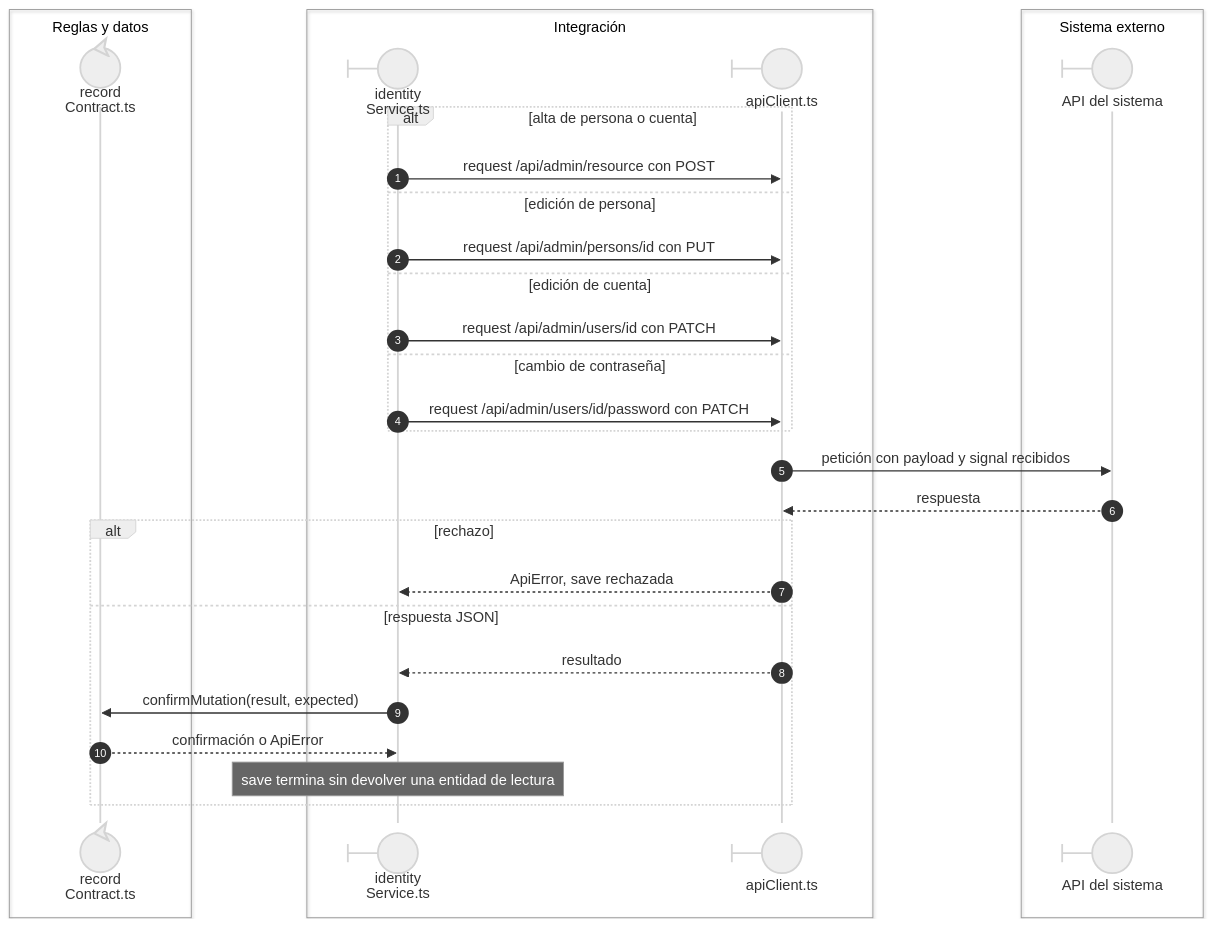
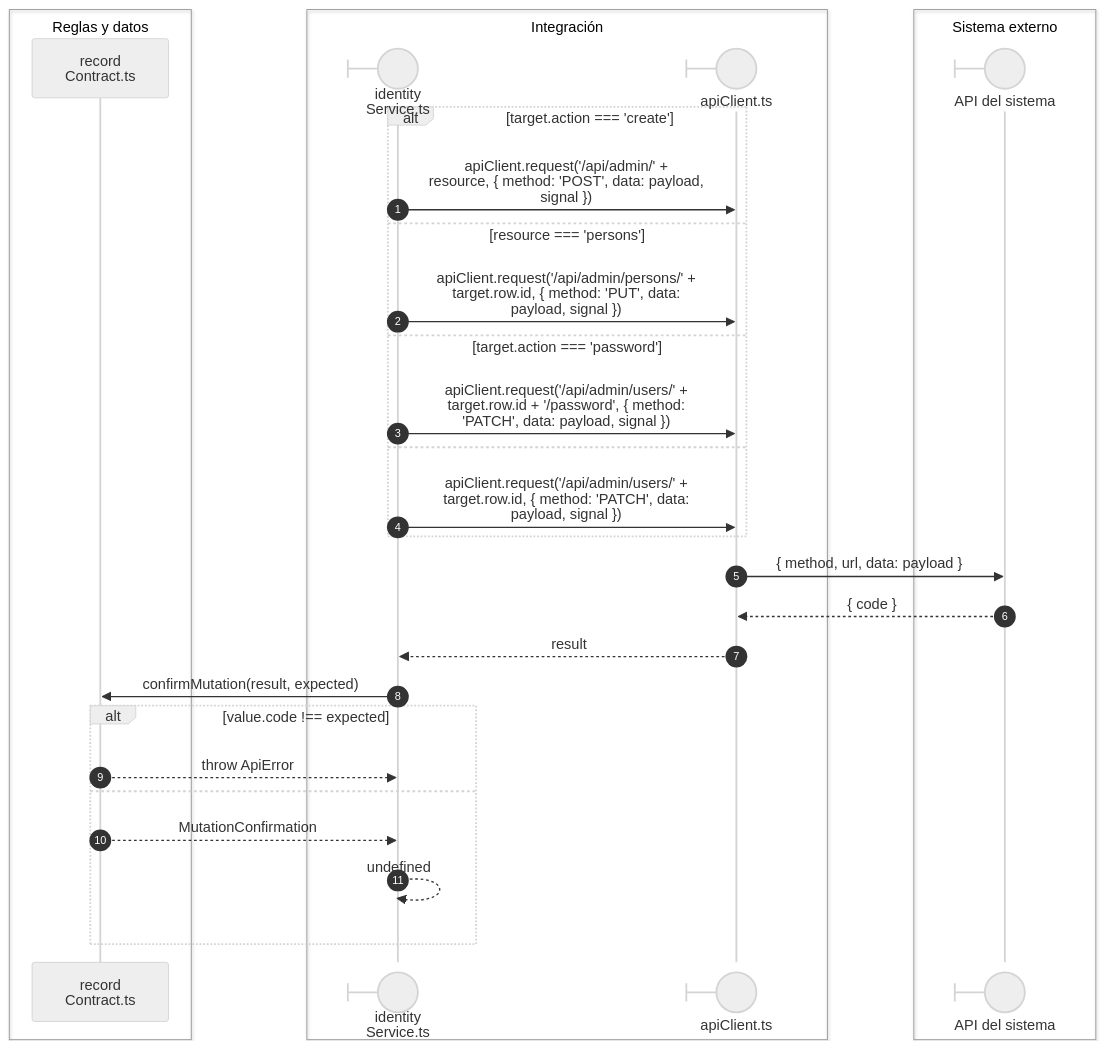
The diagram in front/docs/architecture/views/processes/04-identity/03-save-transport.md (gpgsistemas01/nexus), drawn with Mermaid (neutral theme) before and after one commit. The commit also changed other lines of this file and 43 other files, not shown here.

````diff
--- a/front/docs/architecture/views/processes/04-identity/03-save-transport.md
+++ b/front/docs/architecture/views/processes/04-identity/03-save-transport.md
@@ -12,33 +7,33 @@
 ```mermaid
 sequenceDiagram
     autonumber
     box Reglas y datos
-    participant Contract@{ "type": "control" } as record<br/>Contract.ts
+    participant Contract as record<br/>Contract.ts
     end
     box Integración
     participant Service@{ "type": "boundary" } as identity<br/>Service.ts
     participant HTTP@{ "type": "boundary" } as apiClient.ts
     end
     box Sistema externo
     participant API@{ "type": "boundary" } as API del sistema
     end
-    alt alta de persona o cuenta
-        Service->>HTTP: request /api/admin/resource con POST
-    else edición de persona
-        Service->>HTTP: request /api/admin/persons/id con PUT
-    else edición de cuenta
-        Service->>HTTP: request /api/admin/users/id con PATCH
-    else cambio de contraseña
-        Service->>HTTP: request /api/admin/users/id/password con PATCH
+    alt nowrap: target.action === 'create'
+        Service->>HTTP: nowrap: apiClient.request('/api/admin/' +<br/>resource, { method: 'POST', data: payload,<br/>signal })
+    else nowrap: resource === 'persons'
+        Service->>HTTP: nowrap: apiClient.request('/api/admin/persons/' +<br/>target.row.id, { method: 'PUT', data:<br/>payload, signal })
+    else nowrap: target.action === 'password'
+        Service->>HTTP: nowrap: apiClient.request('/api/admin/users/' +<br/>target.row.id + '/password', { method:<br/>'PATCH', data: payload, signal })
+    else
+        Service->>HTTP: nowrap: apiClient.request('/api/admin/users/' +<br/>target.row.id, { method: 'PATCH', data:<br/>payload, signal })
     end
-    HTTP->>API: petición con payload y signal recibidos
-    API-->>HTTP: respuesta
-    alt rechazo
-        HTTP-->>Service: ApiError, save rechazada
-    else respuesta JSON
-        HTTP-->>Service: resultado
-        Service->>Contract: confirmMutation(result, expected)
-        Contract-->>Service: confirmación o ApiError
-        Note over Service: save termina sin devolver una entidad de lectura
+    HTTP->>API: nowrap: { method, url, data: payload }
+    API-->>HTTP: nowrap: { code }
+    HTTP-->>Service: nowrap: result
+    Service->>Contract: nowrap: confirmMutation(result, expected)
+    alt nowrap: value.code !== expected
+        Contract-->>Service: nowrap: throw ApiError
+    else
+        Contract-->>Service: nowrap: MutationConfirmation
+        Service-->>Service: nowrap: undefined
     end
 ```
````
